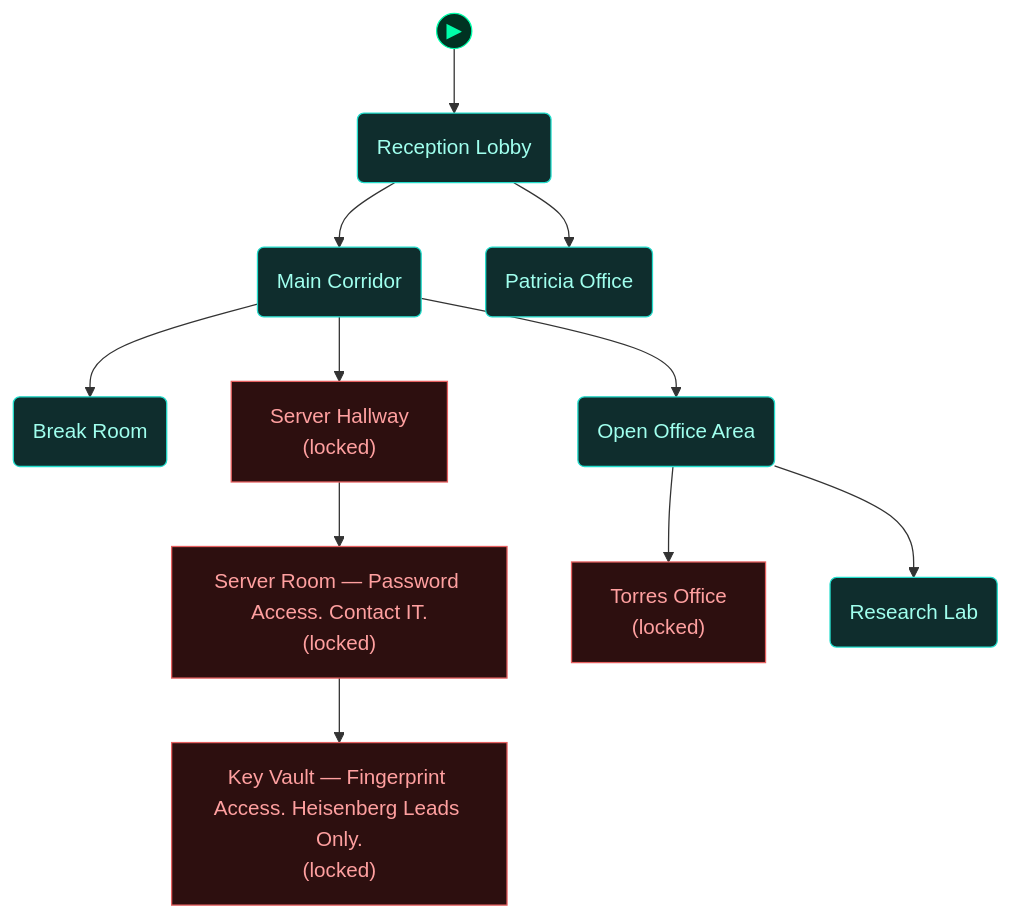
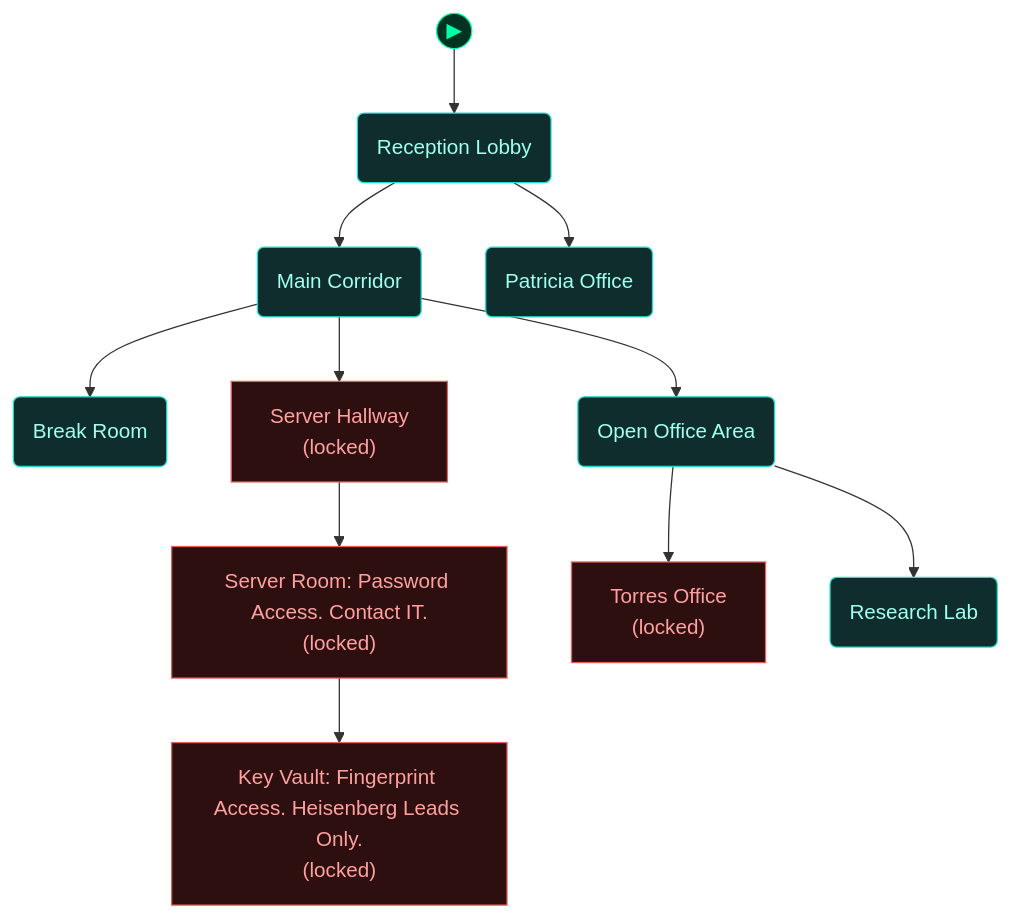
One commit to cliffe/BreakEscape changed the fourth of 5 diagrams in scenarios/m05_insider_trading/dungeon_graph.md. Above: the diagram before and after it, drawn with Mermaid. The commit also changed other lines of this file and 12 other files, not shown here.

First line of the commit message:
Regenerate stale dungeon graphs for m01, m04, m05, m07 and m10

````diff
--- a/scenarios/m05_insider_trading/dungeon_graph.md
+++ b/scenarios/m05_insider_trading/dungeon_graph.md
@@ -425,46 +424,46 @@
 ```mermaid
 flowchart TD
 
   classDef room      fill:#0f2d2d,stroke:#22ddcc,color:#a0ffee
   classDef lock      fill:#2d0f0f,stroke:#e66060,color:#ffa0a0
   classDef key       fill:#2d0812,stroke:#e66060,color:#ffa0a0
   classDef item      fill:#2d1200,stroke:#e89030,color:#ffcc80
   classDef gate      fill:#111,stroke:#666,color:#eee
   classDef vm        fill:#0c1f40,stroke:#4a90d9,color:#a0c8ff
   classDef flag      fill:#1a0c2d,stroke:#9060d0,color:#cc99ff
   classDef action    fill:#1a1200,stroke:#cc9922,color:#ffee88
   classDef aim       fill:#0d2a0d,stroke:#44cc44,color:#88ff88
   classDef aim_gate  fill:#111111,stroke:#44cc44,color:#44cc44
   classDef container fill:#1a2d1a,stroke:#60b060,color:#a0e0a0
   classDef npc       fill:#2d1f0d,stroke:#d0a050,color:#ffe0a0
   classDef critical  fill:#2a1500,stroke:#ffaa00,color:#ffdd88
   classDef start     fill:#003322,stroke:#00ffaa,color:#00ffaa
 
   node_start(("▶"))
   node_start --> reception_lobby
 
   reception_lobby("Reception Lobby")
   main_corridor("Main Corridor")
   break_room("Break Room")
   open_office_area("Open Office Area")
   server_hallway["Server Hallway<br/>(locked)"]
-  server_room["Server Room — Password Access. Contact IT.<br/>(locked)"]
+  server_room["Server Room: Password Access. Contact IT.<br/>(locked)"]
   torres_office["Torres Office<br/>(locked)"]
   research_lab("Research Lab")
   patricia_office("Patricia Office")
-  data_center["Key Vault — Fingerprint Access. Heisenberg Leads Only.<br/>(locked)"]
+  data_center["Key Vault: Fingerprint Access. Heisenberg Leads Only.<br/>(locked)"]
 
   reception_lobby --> main_corridor
   reception_lobby --> patricia_office
   main_corridor --> break_room
   main_corridor --> server_hallway
   main_corridor --> open_office_area
   open_office_area --> torres_office
   open_office_area --> research_lab
   server_hallway --> server_room
   server_room --> data_center
 
   class reception_lobby,main_corridor,break_room,open_office_area,research_lab,patricia_office room
   class server_hallway,server_room,torres_office,data_center lock
   class node_start start
 ```
````
